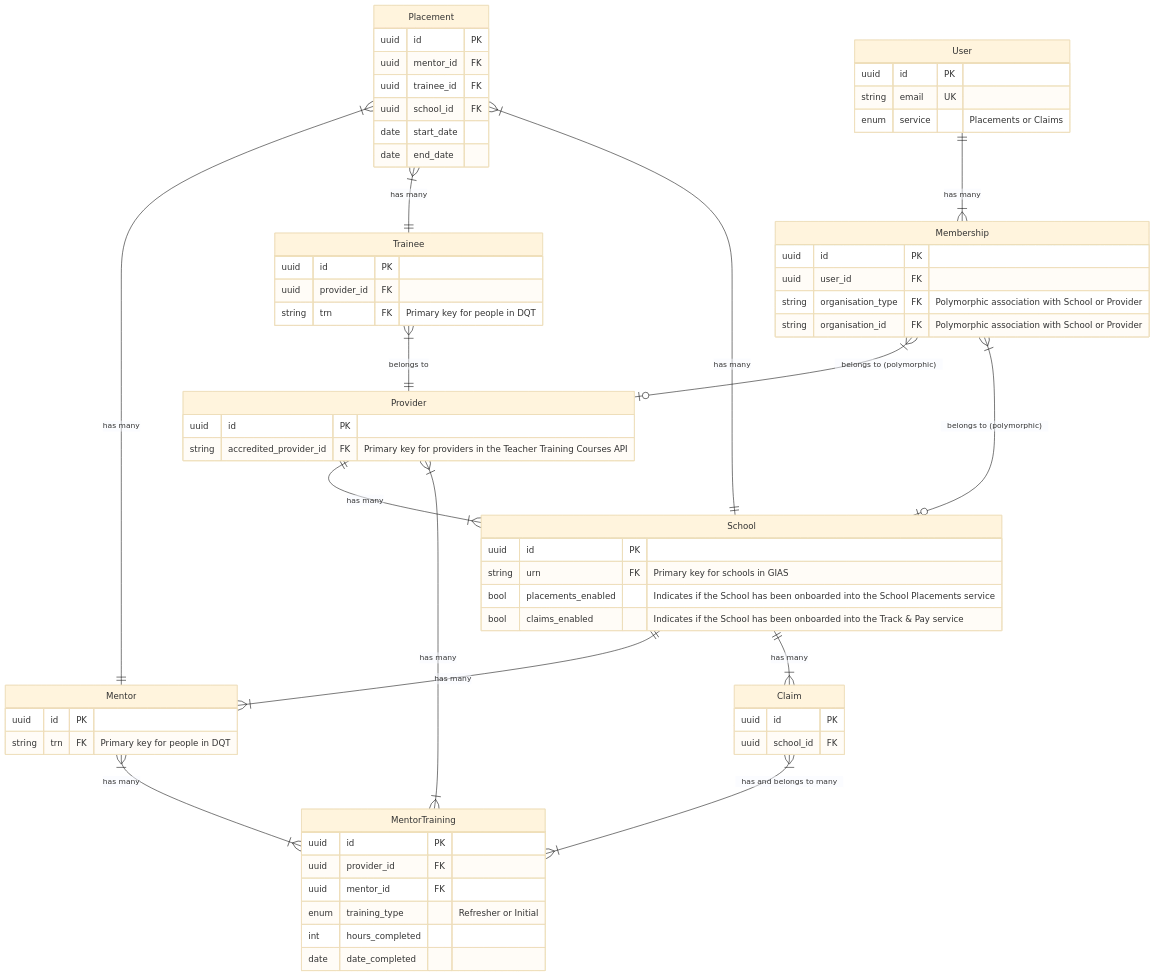
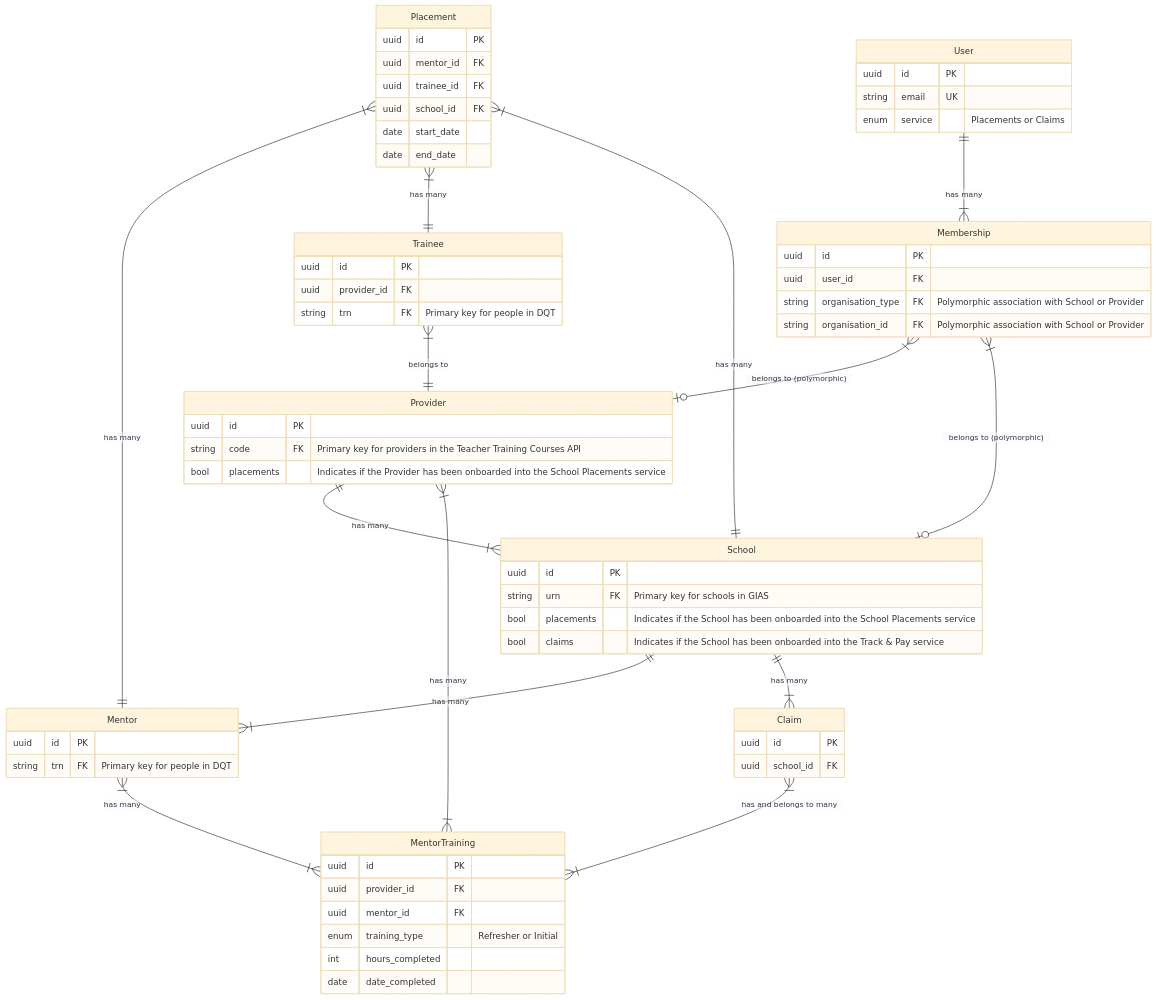
The diagram in docs/data-model.md (DFE-Digital/itt-mentor-services), drawn with Mermaid (base theme) before and after one commit. The commit also changed other lines of this file and 5 other files, not shown here.

First line of the commit message:
Add a 'placements' flag to Providers

````diff
--- a/docs/data-model.md
+++ b/docs/data-model.md
@@ -17,79 +17,80 @@
 ```mermaid
 erDiagram
   Placement {
     uuid id PK
     uuid mentor_id FK
     uuid trainee_id FK
     uuid school_id FK
     date start_date
     date end_date
   }
 
   School {
     uuid id PK
     string urn FK "Primary key for schools in GIAS"
-    bool placements_enabled "Indicates if the School has been onboarded into the School Placements service"
-    bool claims_enabled "Indicates if the School has been onboarded into the Track & Pay service"
+    bool placements "Indicates if the School has been onboarded into the School Placements service"
+    bool claims "Indicates if the School has been onboarded into the Track & Pay service"
   }
 
   Mentor {
     uuid id PK
     string trn FK "Primary key for people in DQT"
   }
 
   Provider {
     uuid id PK
-    string accredited_provider_id FK "Primary key for providers in the Teacher Training Courses API"
+    string code FK "Primary key for providers in the Teacher Training Courses API"
+    bool placements "Indicates if the Provider has been onboarded into the School Placements service"
   }
 
   MentorTraining {
     uuid id PK
     uuid provider_id FK
     uuid mentor_id FK
     enum training_type "Refresher or Initial"
     int hours_completed
     date date_completed
   }
 
   Claim {
     uuid id PK
     uuid school_id FK
   }
 
   Trainee {
     uuid id PK
     uuid provider_id FK
     string trn FK "Primary key for people in DQT"
   }
 
   User {
     uuid id PK
     string email UK
     enum service "Placements or Claims"
   }
 
   Membership {
     uuid id PK
     uuid user_id FK
     string organisation_type FK "Polymorphic association with School or Provider"
     string organisation_id FK "Polymorphic association with School or Provider"
   }
 
   School ||--|{ Mentor : "has many"
   Provider ||--|{ School : "has many"
   Trainee }|--|| Provider : "belongs to"
 
   Placement }|--|| Mentor : "has many"
   Placement }|--|| Trainee : "has many"
   Placement }|--|| School : "has many"
 
   Mentor }|--|{ MentorTraining : "has many"
   Provider }|--|{ MentorTraining : "has many"
 
   School ||--|{ Claim : "has many"
   Claim }|--|{ MentorTraining : "has and belongs to many"
 
   User ||--|{ Membership : "has many"
   Membership }|--o| Provider : "belongs to (polymorphic)"
   Membership }|--o| School : "belongs to (polymorphic)"
 ```
````
